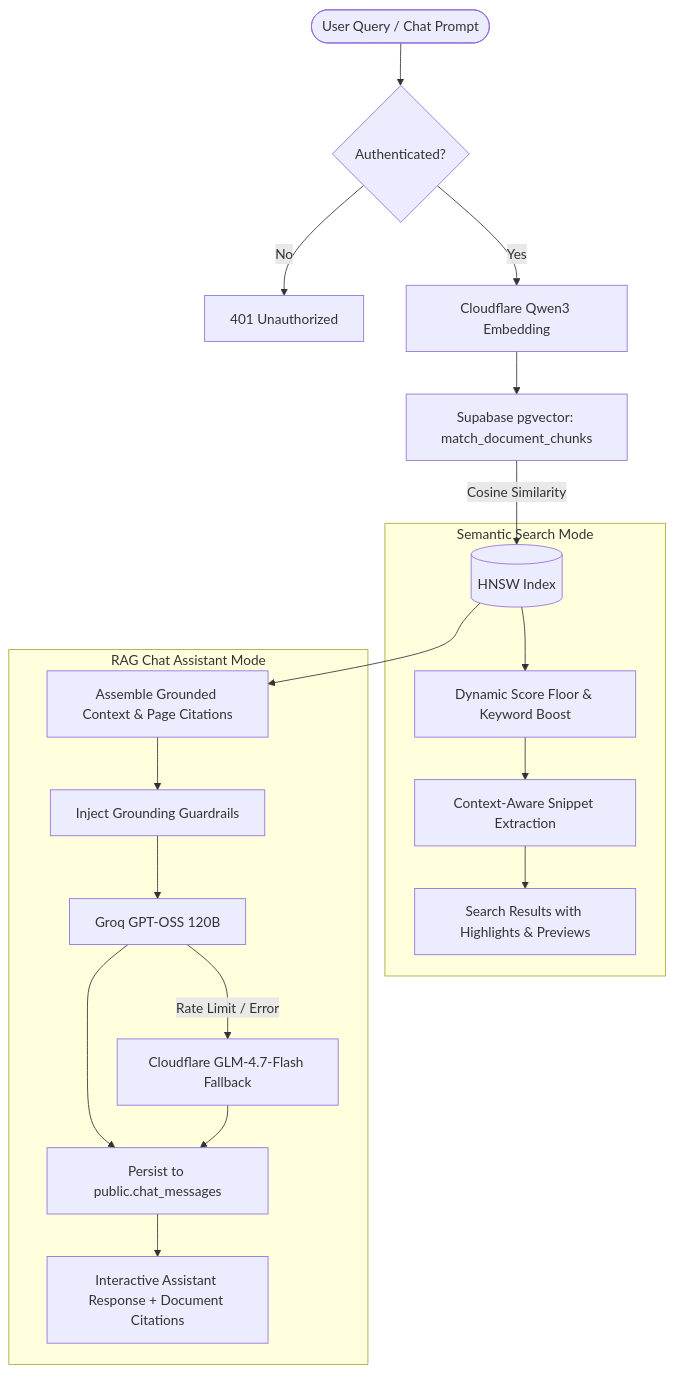
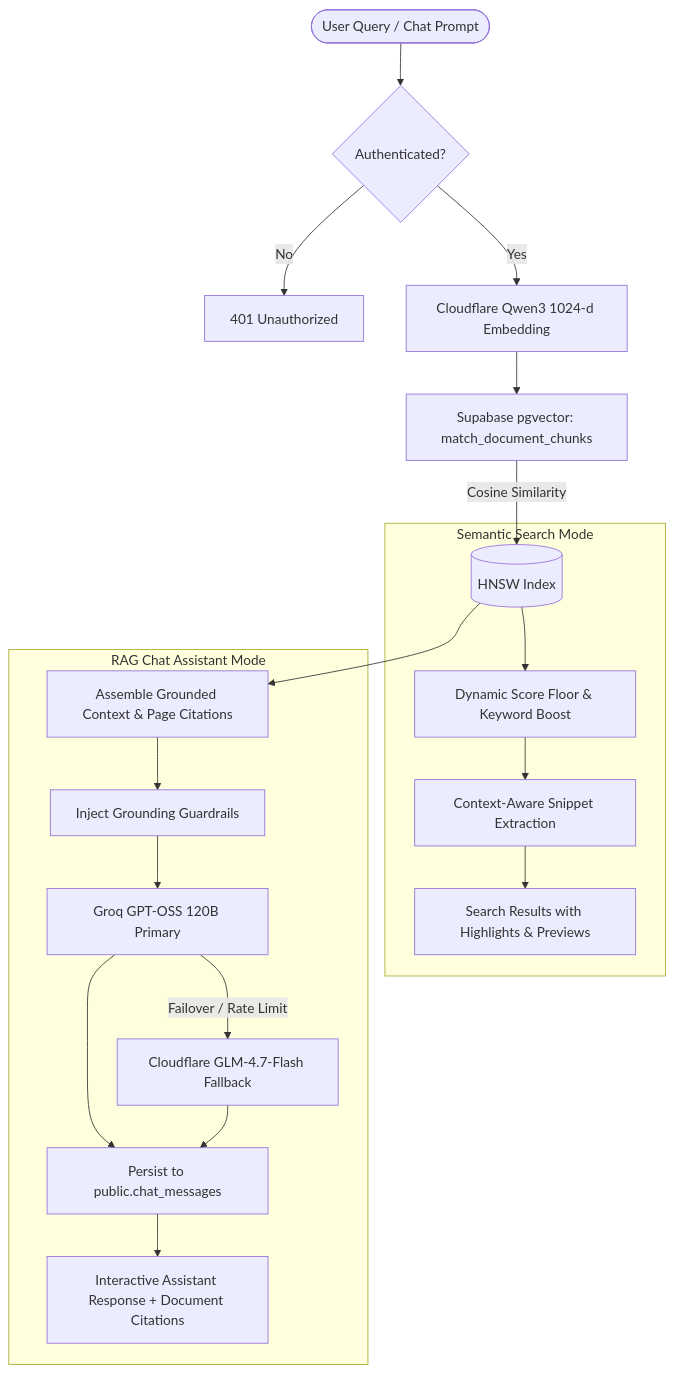
One commit to aayushverma246-ai/PaperWait changed the second of 2 diagrams in README.md. Above: the diagram before and after it, drawn with Mermaid. The commit also changed other lines of this file, not shown here.

Commit message:
docs: comprehensive update of README with architecture, multi-format pipeline, API reference, and verified system benchmarks

````diff
--- a/README.md
+++ b/README.md
@@ -105,25 +122,25 @@
 ```mermaid
 graph TD
     Query([User Query / Chat Prompt]) --> AuthValidate{Authenticated?}
     AuthValidate -->|No| AuthErr[401 Unauthorized]
-    AuthValidate -->|Yes| EmbedQuery[Cloudflare Qwen3 Embedding]
+    AuthValidate -->|Yes| EmbedQuery[Cloudflare Qwen3 1024-d Embedding]
     
     EmbedQuery --> VectorMatch[Supabase pgvector: match_document_chunks]
     VectorMatch -->|Cosine Similarity| HNSWIndex[(HNSW Index)]
     
     subgraph Semantic Search Mode
         HNSWIndex --> FilterCandidate[Dynamic Score Floor & Keyword Boost]
         FilterCandidate --> SnippetGen[Context-Aware Snippet Extraction]
         SnippetGen --> SearchUI[Search Results with Highlights & Previews]
     end
     
     subgraph RAG Chat Assistant Mode
         HNSWIndex --> GroundContext[Assemble Grounded Context & Page Citations]
         GroundContext --> PromptBuild[Inject Grounding Guardrails]
-        PromptBuild --> GroqPrimary[Groq GPT-OSS 120B]
-        GroqPrimary -->|Rate Limit / Error| CFFallback[Cloudflare GLM-4.7-Flash Fallback]
+        PromptBuild --> GroqPrimary[Groq GPT-OSS 120B Primary]
+        GroqPrimary -->|Failover / Rate Limit| CFFallback[Cloudflare GLM-4.7-Flash Fallback]
         GroqPrimary --> PersistChat[Persist to public.chat_messages]
         CFFallback --> PersistChat
         PersistChat --> ChatUI[Interactive Assistant Response + Document Citations]
     end
 ```
````
